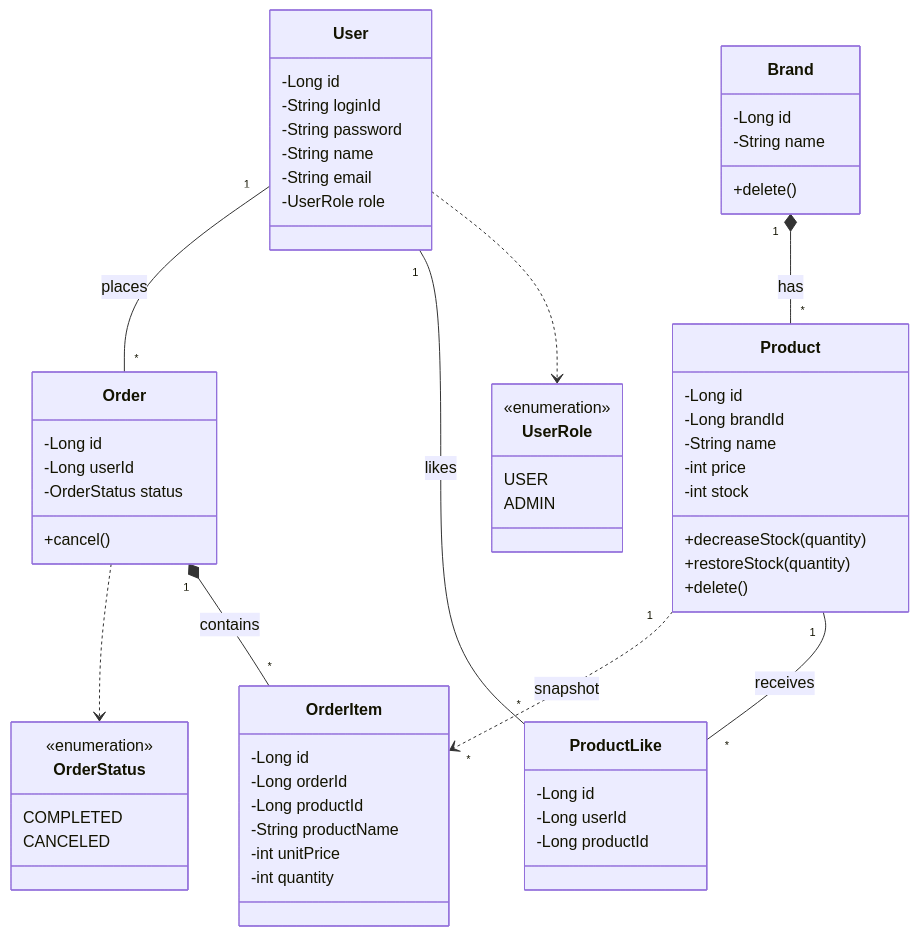
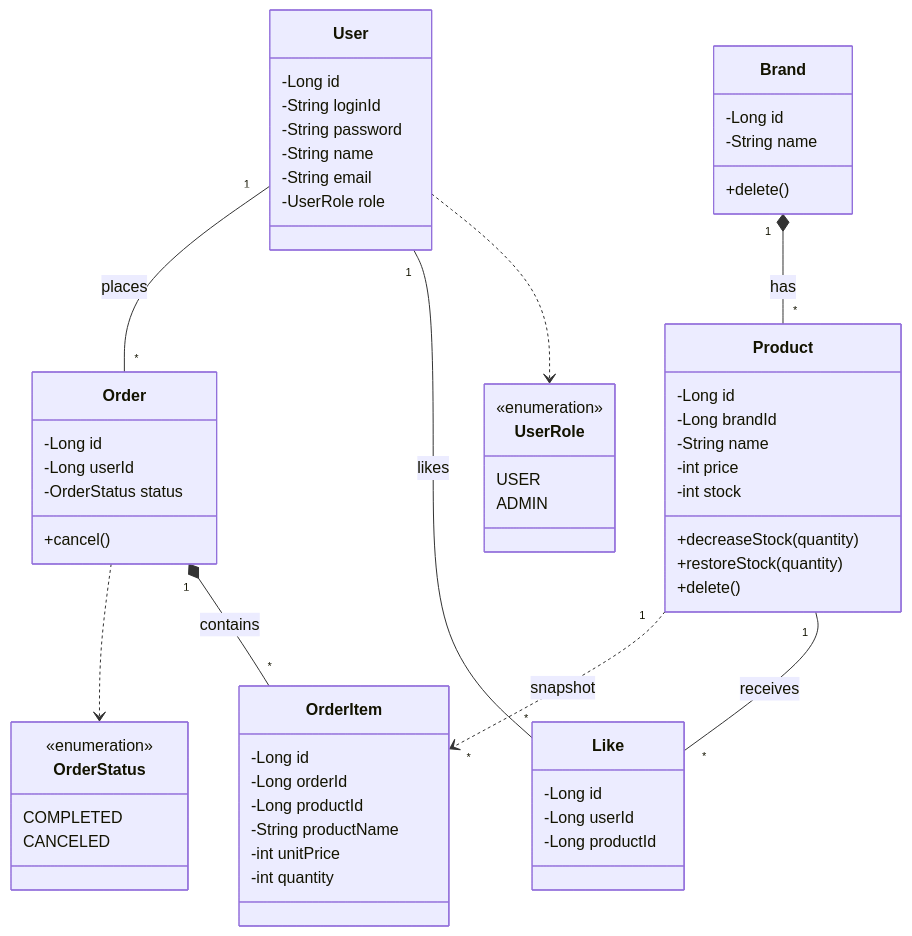
The diagram in docs/design/03-class-diagram.md (kimjunyoung90/loop-pack-be-l2-vol3-java), drawn with Mermaid before and after one commit. The commit also changed 10 other files, not shown here.

First line of the commit message:
refactor: Like Aggregate 명칭을 ProductLike에서 Like로 변경

````diff
--- a/docs/design/03-class-diagram.md
+++ b/docs/design/03-class-diagram.md
@@ -5,71 +5,71 @@
 ```mermaid
 classDiagram
     class User {
         -Long id
         -String loginId
         -String password
         -String name
         -String email
         -UserRole role
     }
 
     class UserRole {
         <<enumeration>>
         USER
         ADMIN
     }
 
     class Brand {
         -Long id
         -String name
         +delete()
     }
 
     class Product {
         -Long id
         -Long brandId
         -String name
         -int price
         -int stock
         +decreaseStock(quantity)
         +restoreStock(quantity)
         +delete()
     }
 
-    class ProductLike {
+    class Like {
         -Long id
         -Long userId
         -Long productId
     }
 
     class Order {
         -Long id
         -Long userId
         -OrderStatus status
         +cancel()
     }
 
     class OrderItem {
         -Long id
         -Long orderId
         -Long productId
         -String productName
         -int unitPrice
         -int quantity
     }
 
     class OrderStatus {
         <<enumeration>>
         COMPLETED
         CANCELED
     }
 
     User ..> UserRole
-    User "1" -- "*" ProductLike : likes
+    User "1" -- "*" Like : likes
     User "1" -- "*" Order : places
     Brand "1" *-- "*" Product : has
-    Product "1" -- "*" ProductLike : receives
+    Product "1" -- "*" Like : receives
     Order "1" *-- "*" OrderItem : contains
     Order ..> OrderStatus
     Product "1" ..> "*" OrderItem : snapshot
 ```
````
